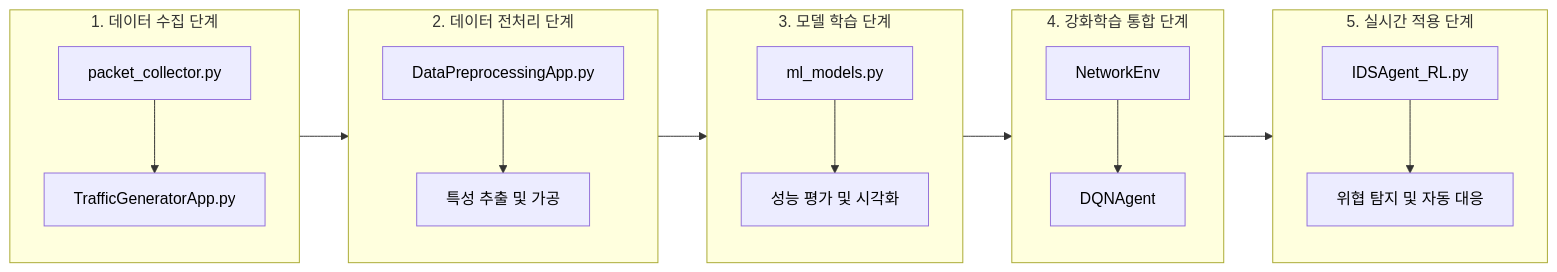
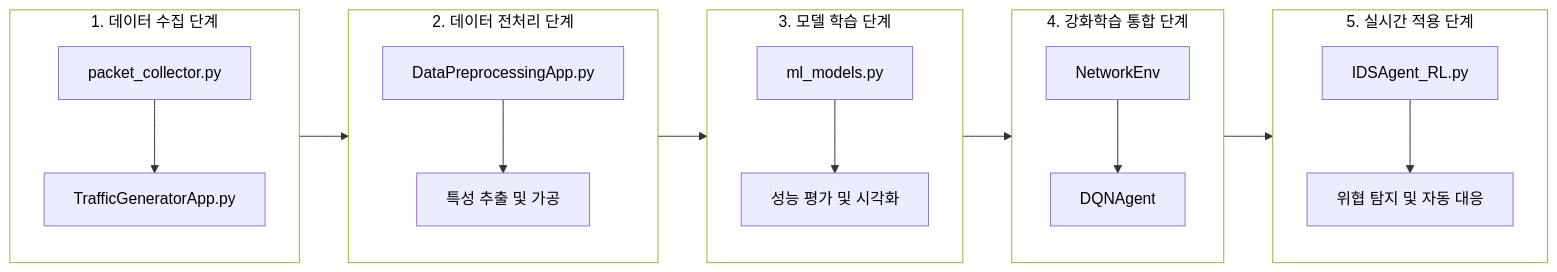
The third of 4 diagrams in README.md (Es5724/Intrusion_DetectionSystem_AIagent), drawn with Mermaid before and after one commit. The commit also changed other lines of this file, not shown here.

````diff
--- a/README.md
+++ b/README.md
@@ -279,40 +282,43 @@
 ```mermaid
 flowchart LR
     subgraph 데이터수집[1. 데이터 수집 단계]
         packet[packet_collector.py]
         traffic[TrafficGeneratorApp.py]
         packet --> traffic
     end
 
     subgraph 전처리[2. 데이터 전처리 단계]
         preprocess[DataPreprocessingApp.py]
         feature[특성 추출 및 가공]
         preprocess --> feature
     end
 
     subgraph 모델학습[3. 모델 학습 단계]
         ml[ml_models.py]
         evaluation[성능 평가 및 시각화]
         ml --> evaluation
     end
 
     subgraph 강화학습[4. 강화학습 통합 단계]
         env[NetworkEnv]
         dqn[DQNAgent]
         env --> dqn
     end
 
     subgraph 실시간적용[5. 실시간 적용 단계]
         agent[IDSAgent_RL.py]
         response[위협 탐지 및 자동 대응]
         agent --> response
     end
 
     데이터수집 --> 전처리
     전처리 --> 모델학습
     모델학습 --> 강화학습
     강화학습 --> 실시간적용
     
     classDef nodeText color:black;
     class packet,traffic,preprocess,feature,ml,evaluation,env,dqn,agent,response nodeText;
+    
+    classDef subgraphText fill:transparent,color:black;
+    class 데이터수집,전처리,모델학습,강화학습,실시간적용 subgraphText;
 ```
````
